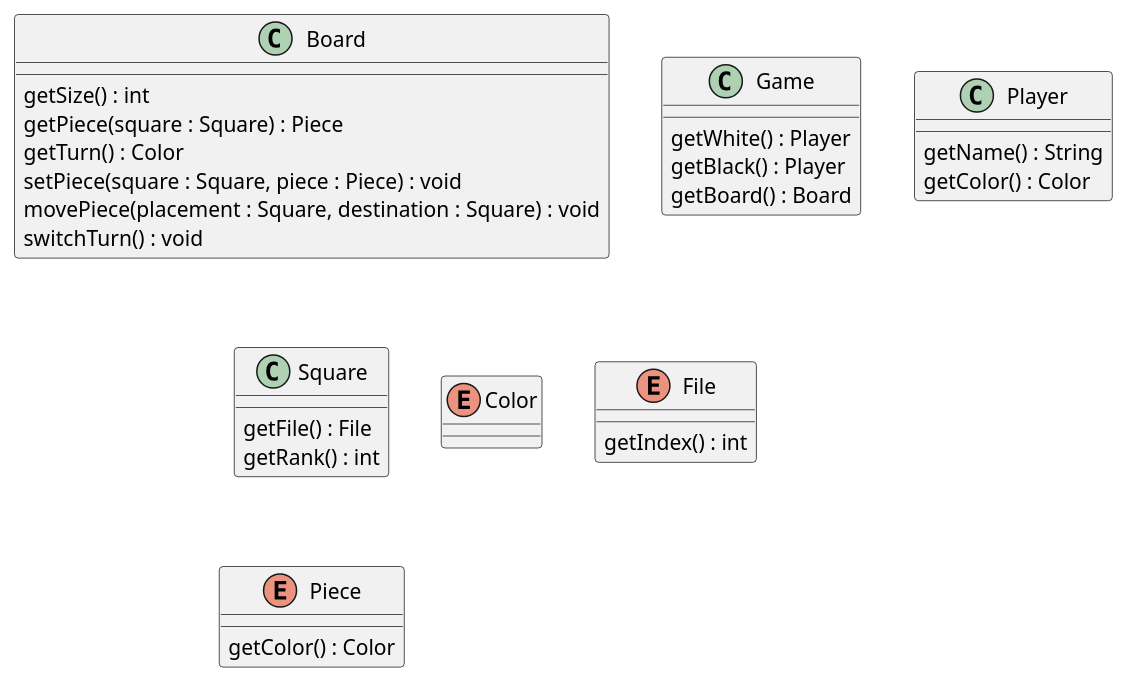
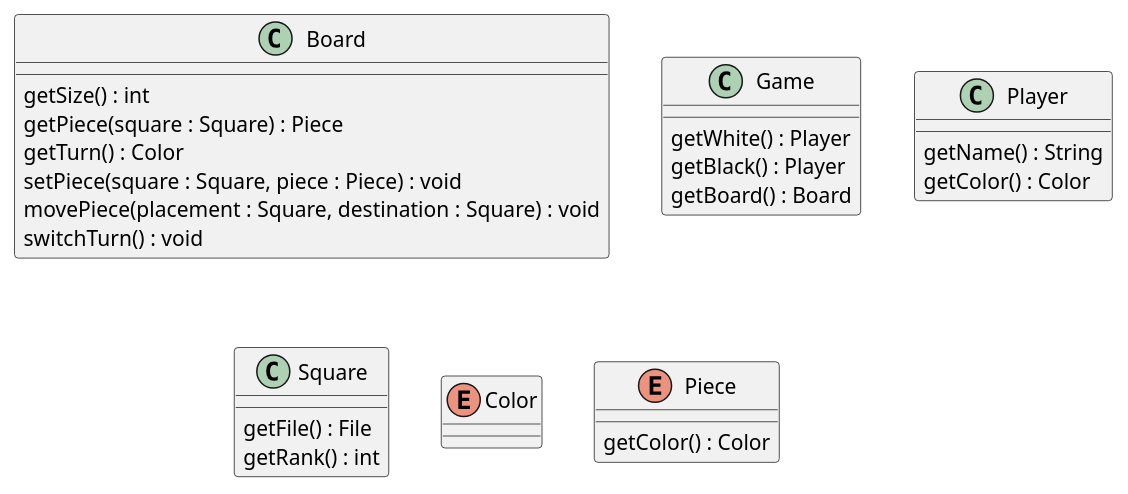
The diagram in uml/analysisModel.puml (Sttanyanz/endgame-notebook), drawn with PlantUML before and after one commit. The commit also changed 5 other files, not shown here.

```diff
--- a/uml/analysisModel.puml
+++ b/uml/analysisModel.puml
@@ -1,44 +1,40 @@
 @startuml
 
 class Board
 class Game
 class Player
 class Square
 enum Color
-enum File
 enum Piece
 
 class Square {
     getFile() : File
     getRank() : int
 }
 
 class Board {
     getSize() : int
     getPiece(square : Square) : Piece
     getTurn() : Color
     setPiece(square : Square, piece : Piece) : void
     movePiece(placement : Square, destination : Square) : void
     switchTurn() : void
 }
 
 class Player {
     getName() : String
     getColor() : Color
 }
 
 enum Piece {
     getColor() : Color
 }
 
 class Game {
     getWhite() : Player
     getBlack() : Player
     getBoard() : Board
 }
 
-enum File {
-    getIndex() : int
-}
 
 @enduml
```
